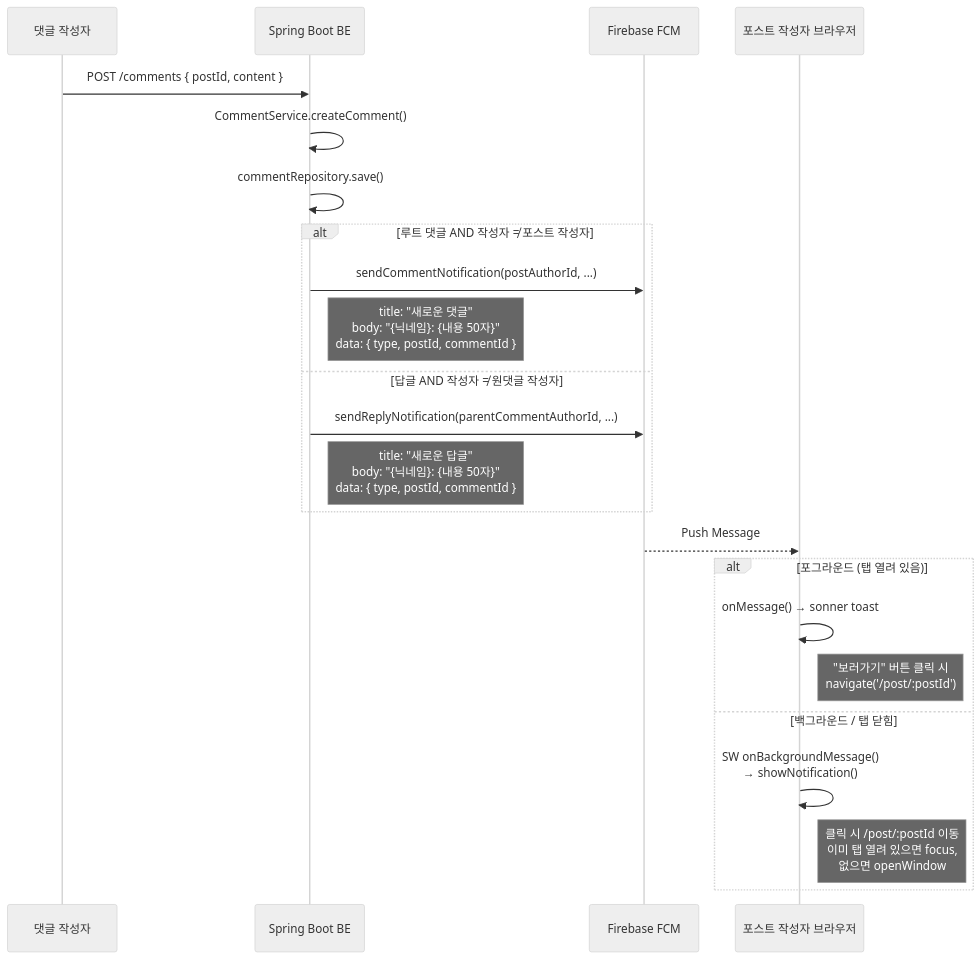
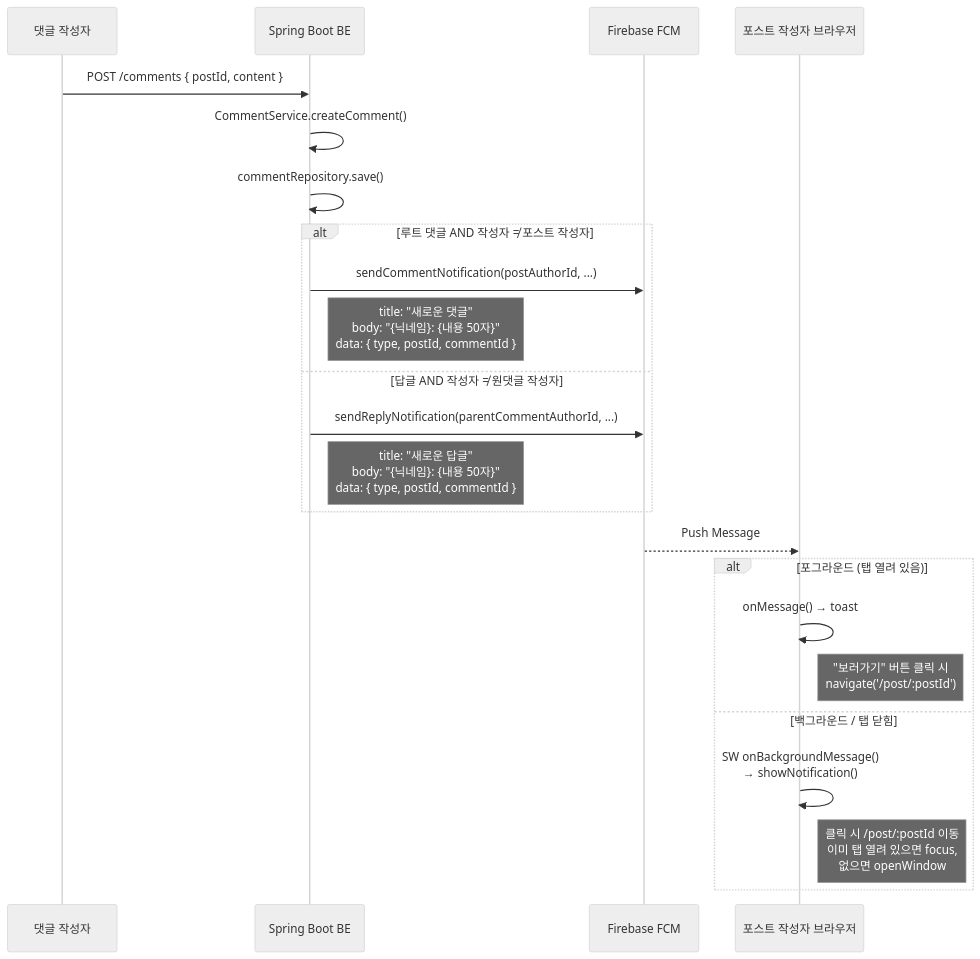
One commit to BAECHAN/link-sphere_FE_NEW changed the third of 3 diagrams in docs/FCM-PUSH-NOTIFICATION.md. Above: the diagram before and after it, drawn with Mermaid (neutral theme). The commit also changed other lines of this file, not shown here.

````diff
--- a/docs/FCM-PUSH-NOTIFICATION.md
+++ b/docs/FCM-PUSH-NOTIFICATION.md
@@ -94,29 +129,29 @@
 ```mermaid
 sequenceDiagram
   participant Commenter as 댓글 작성자
   participant BE as Spring Boot BE
   participant FCM as Firebase FCM
   participant PostOwner as 포스트 작성자 브라우저
 
   Commenter->>BE: POST /comments { postId, content }
   BE->>BE: CommentService.createComment()
   BE->>BE: commentRepository.save()
 
   alt 루트 댓글 AND 작성자 ≠ 포스트 작성자
     BE->>FCM: sendCommentNotification(postAuthorId, ...)
     Note right of BE: title: "새로운 댓글"<br/>body: "{닉네임}: {내용 50자}"<br/>data: { type, postId, commentId }
   else 답글 AND 작성자 ≠ 원댓글 작성자
     BE->>FCM: sendReplyNotification(parentCommentAuthorId, ...)
     Note right of BE: title: "새로운 답글"<br/>body: "{닉네임}: {내용 50자}"<br/>data: { type, postId, commentId }
   end
 
   FCM-->>PostOwner: Push Message
 
   alt 포그라운드 (탭 열려 있음)
-    PostOwner->>PostOwner: onMessage() → sonner toast
+    PostOwner->>PostOwner: onMessage() → toast
     Note right of PostOwner: "보러가기" 버튼 클릭 시<br/>navigate('/post/:postId')
   else 백그라운드 / 탭 닫힘
     PostOwner->>PostOwner: SW onBackgroundMessage()<br/>→ showNotification()
     Note right of PostOwner: 클릭 시 /post/:postId 이동<br/>이미 탭 열려 있으면 focus,<br/>없으면 openWindow
   end
 ```
````
